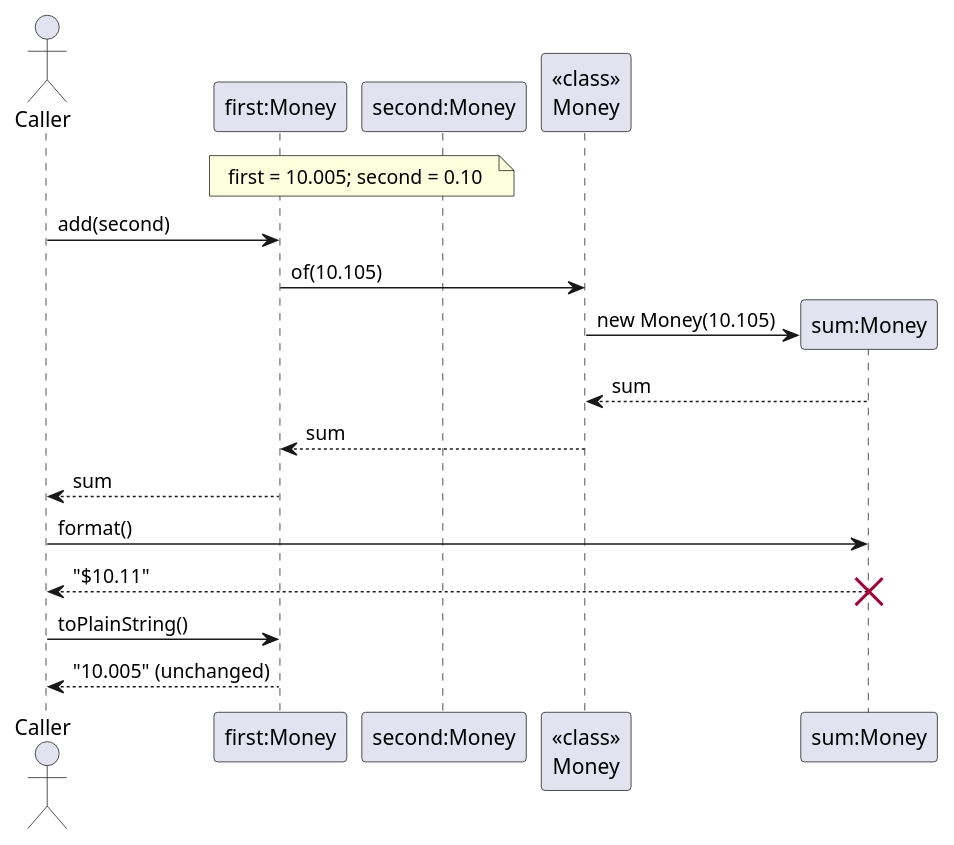
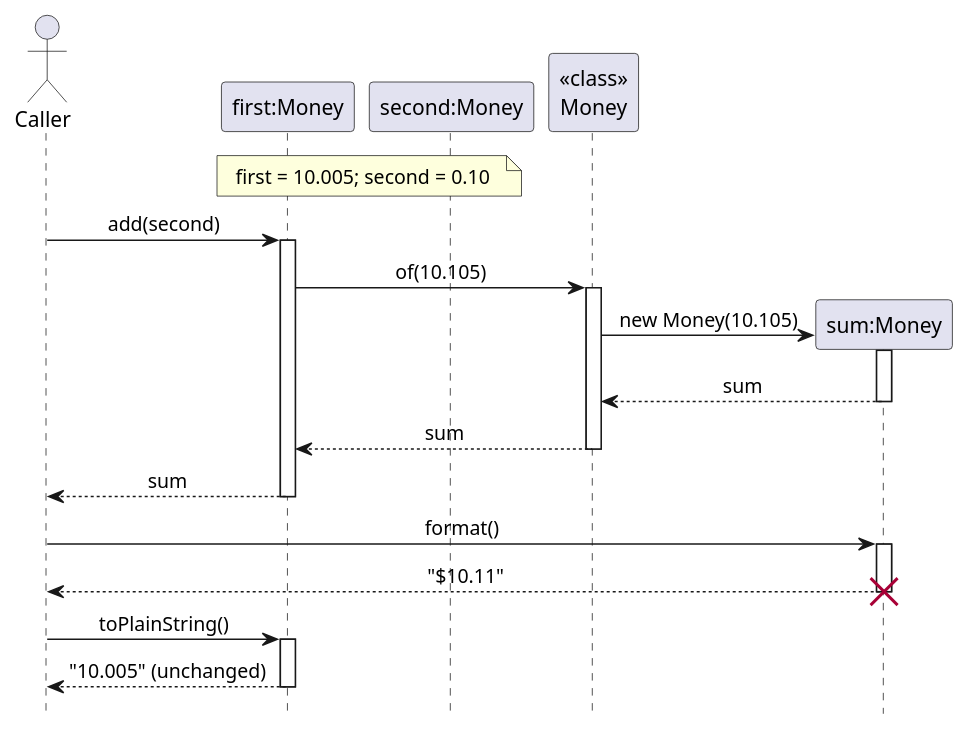
Before and after one commit to AY2627S1-CS2113-W13-2/tp: the diagram in docs/diagrams/MoneySequenceDiagram.puml, drawn with PlantUML. The commit also changed 6 other files, not shown here.

First line of the commit message:
Fix sequence diagram notation from peer review

```diff
--- a/docs/diagrams/MoneySequenceDiagram.puml
+++ b/docs/diagrams/MoneySequenceDiagram.puml
@@ -1,20 +1,36 @@
 @startuml MoneySequenceDiagram
+hide footbox
+skinparam shadowing false
+skinparam sequenceMessageAlign center
+
 actor Caller
 participant "first:Money" as First
 participant "second:Money" as Second
 participant "<<class>>\nMoney" as MoneyClass
 
-note over First, Second: first = 10.005; second = 0.10
-Caller -> First: add(second)
-First -> MoneyClass: of(10.105)
+note over First, Second : first = 10.005; second = 0.10
+Caller -> First : add(second)
+activate First
+First -> MoneyClass : of(10.105)
+activate MoneyClass
 create "sum:Money" as Sum
-MoneyClass -> Sum: new Money(10.105)
-Sum --> MoneyClass: sum
-MoneyClass --> First: sum
-First --> Caller: sum
-Caller -> Sum: format()
-Sum --> Caller: "$10.11"
+MoneyClass -> Sum : new Money(10.105)
+activate Sum
+Sum --> MoneyClass : sum
+deactivate Sum
+MoneyClass --> First : sum
+deactivate MoneyClass
+First --> Caller : sum
+deactivate First
+
+Caller -> Sum : format()
+activate Sum
+Sum --> Caller : "$10.11"
+deactivate Sum
 destroy Sum
-Caller -> First: toPlainString()
-First --> Caller: "10.005" (unchanged)
+
+Caller -> First : toPlainString()
+activate First
+First --> Caller : "10.005" (unchanged)
+deactivate First
 @enduml
```
